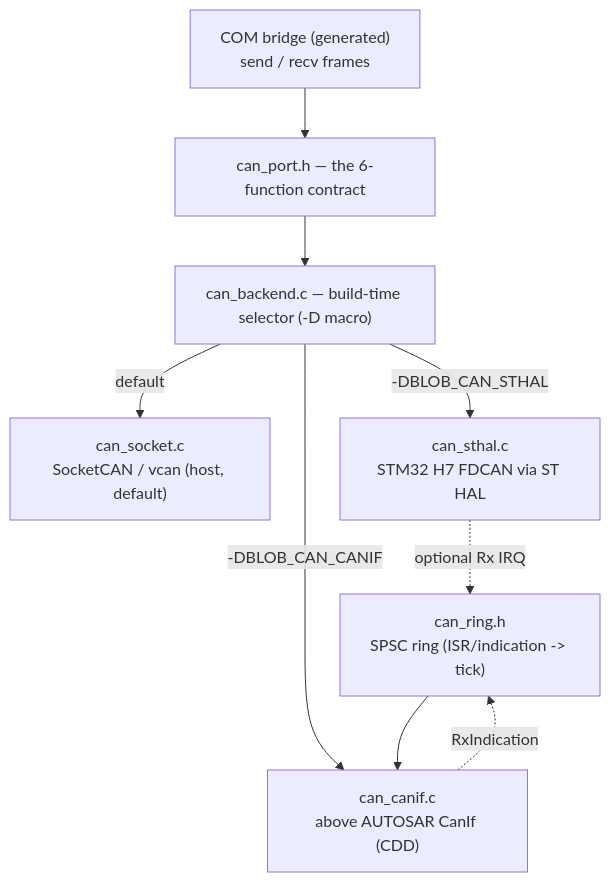
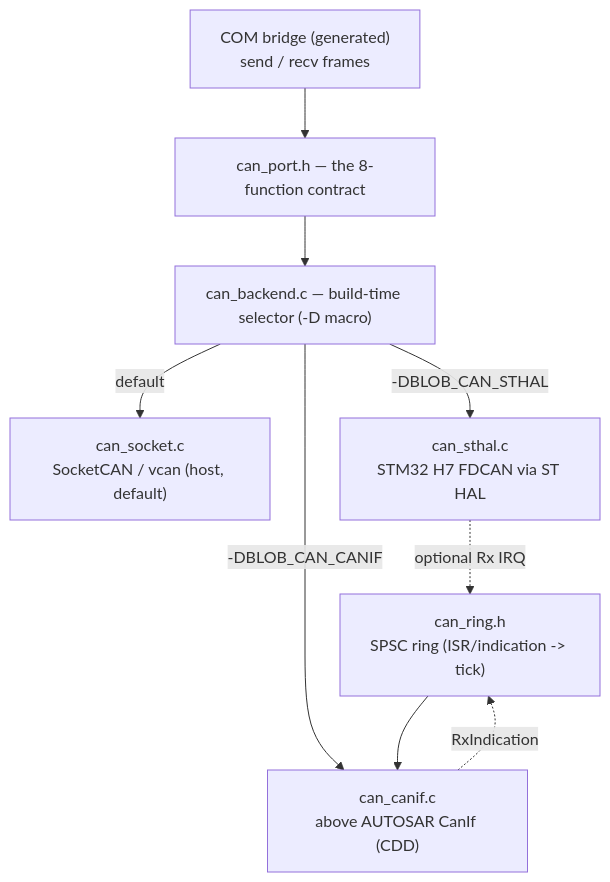
One commit to MartenH/blobly_emb changed the diagram in docs/porting.md. Above: the diagram before and after it, drawn with Mermaid. The commit also changed other lines of this file and 8 other files, not shown here.

````diff
--- a/docs/porting.md
+++ b/docs/porting.md
@@ -49,17 +55,17 @@
 ```mermaid
 graph TB
   BR["COM bridge (generated)\nsend / recv frames"]
-  PORT["can_port.h — the 6-function contract"]
+  PORT["can_port.h — the 8-function contract"]
   SEL["can_backend.c — build-time selector (-D macro)"]
   SOCK["can_socket.c\nSocketCAN / vcan (host, default)"]
   HAL["can_sthal.c\nSTM32 H7 FDCAN via ST HAL"]
   CIF["can_canif.c\nabove AUTOSAR CanIf (CDD)"]
   RING["can_ring.h\nSPSC ring (ISR/indication -> tick)"]
 
   BR --> PORT --> SEL
   SEL -->|default| SOCK
   SEL -->|-DBLOB_CAN_STHAL| HAL
   SEL -->|-DBLOB_CAN_CANIF| CIF
   CIF -. RxIndication .-> RING --> CIF
   HAL -. optional Rx IRQ .-> RING
 ```
````
